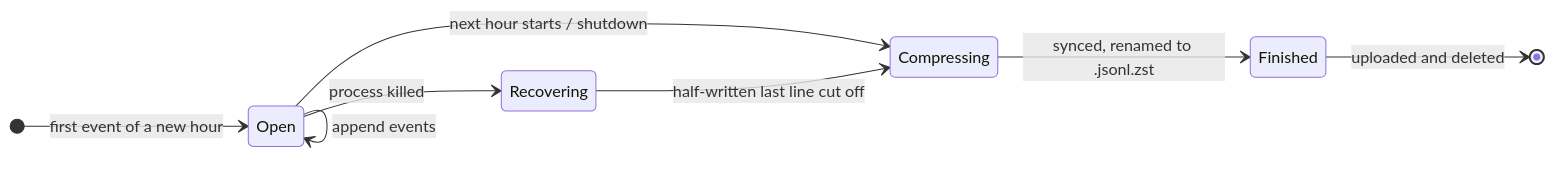
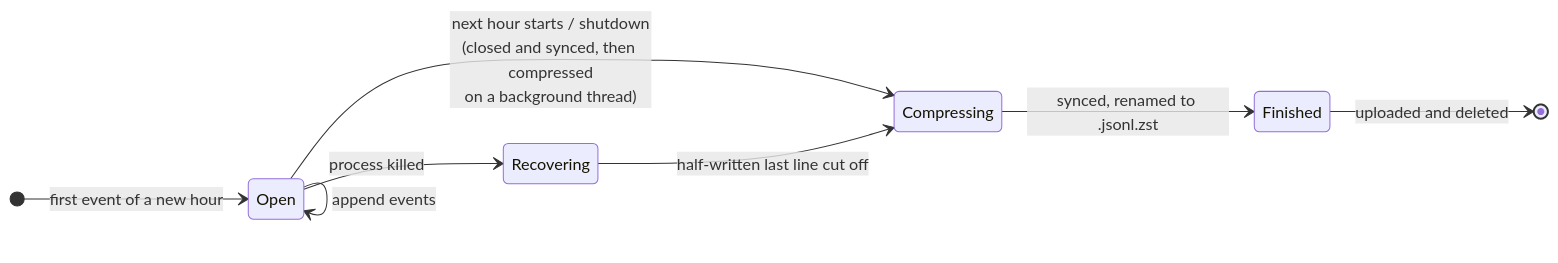
The second of 2 diagrams in docs/architectures/collector.md (dhirajkk91/bluesky-stream-analytics), drawn with Mermaid before and after one commit. The commit also changed other lines of this file and 6 other files, not shown here.

Commit message:
Compress finished hours on a background thread

````diff
--- a/docs/architectures/collector.md
+++ b/docs/architectures/collector.md
@@ -67,11 +67,11 @@
 ```mermaid
 stateDiagram-v2
     direction LR
     [*] --> Open: first event of a new hour
     Open --> Open: append events
-    Open --> Compressing: next hour starts / shutdown
+    Open --> Compressing: next hour starts / shutdown<br/>(closed and synced, then compressed<br/>on a background thread)
     Compressing --> Finished: synced, renamed to .jsonl.zst
     Finished --> [*]: uploaded and deleted
     Open --> Recovering: process killed
     Recovering --> Compressing: half-written last line cut off
 ```
````
